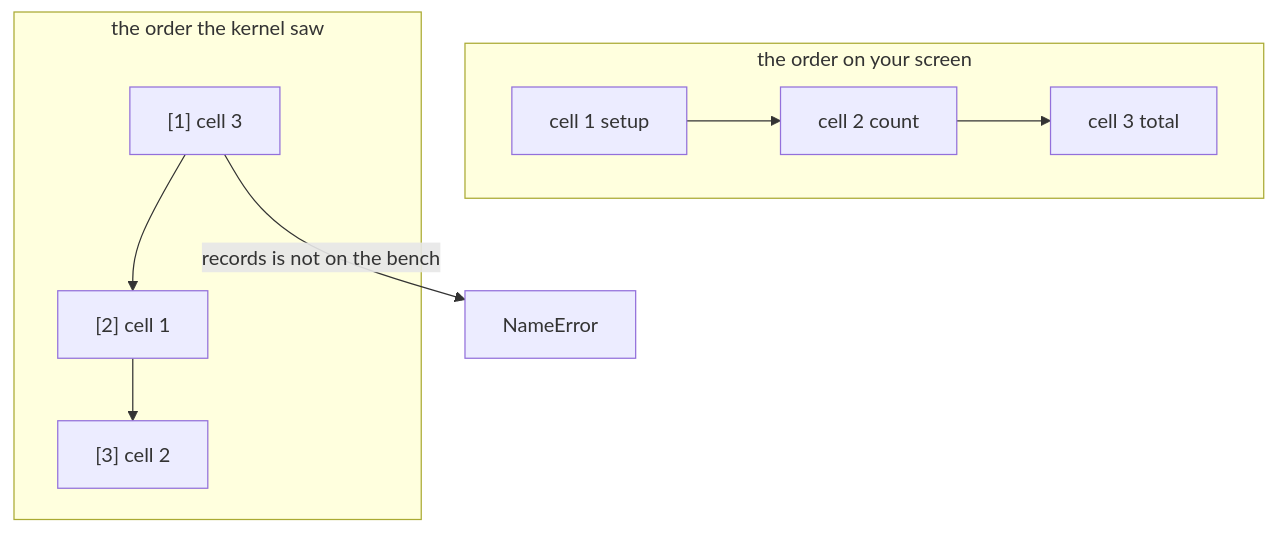
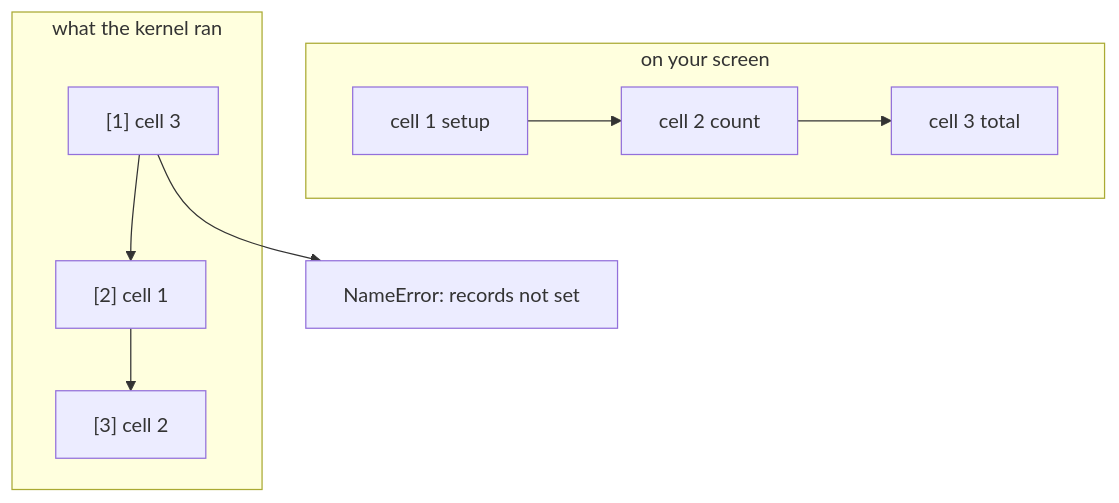
Before and after one commit to fde-academy-lab/c2-content-factory: the second of 6 diagrams in content/W01/D1/cheatsheets/C2_W01_D01_kernel_records_visual_STUDENT.md, drawn with Mermaid. The commit also changed other lines of this file and 40 other files, not shown here.

````diff
--- a/content/W01/D1/cheatsheets/C2_W01_D01_kernel_records_visual_STUDENT.md
+++ b/content/W01/D1/cheatsheets/C2_W01_D01_kernel_records_visual_STUDENT.md
@@ -24,10 +24,10 @@
 ```mermaid
 flowchart TB
-    subgraph screen["the order on your screen"]
+    subgraph screen["on your screen"]
       S1["cell 1 setup"] --> S2["cell 2 count"] --> S3["cell 3 total"]
     end
-    subgraph kernel["the order the kernel saw"]
+    subgraph kernel["what the kernel ran"]
       K1["[1] cell 3"] --> K2["[2] cell 1"] --> K3["[3] cell 2"]
     end
-    K1 -->|"records is not on the bench"| X["NameError"]
+    K1 --> X["NameError: records not set"]
 ```
````
